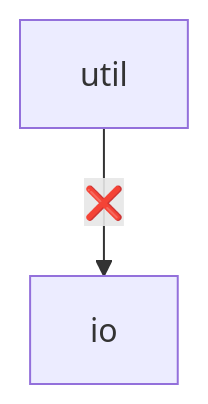
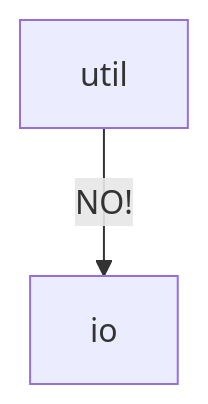
One commit to mattriley/node-module-composer changed the third of 3 diagrams in README-TEMPLATE.md. Above: the diagram before and after it, drawn with Mermaid. The commit also changed 1 other file, not shown here.

Commit message:
Unspecified changes

````diff
--- a/README-TEMPLATE.md
+++ b/README-TEMPLATE.md
@@ -240,4 +240,4 @@
 ```mermaid
 graph TD;
-    util-->|❌|io
+    util-->|NO!|io
 ```
````
